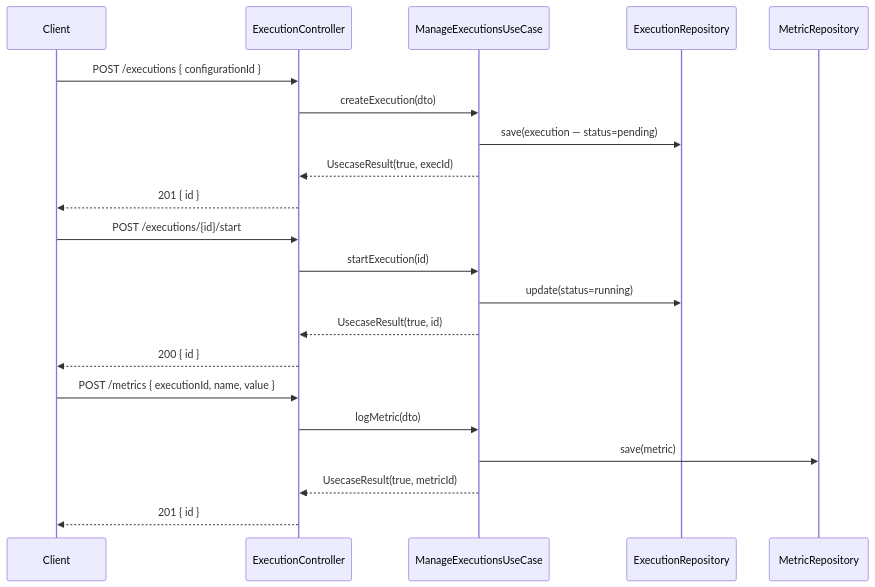
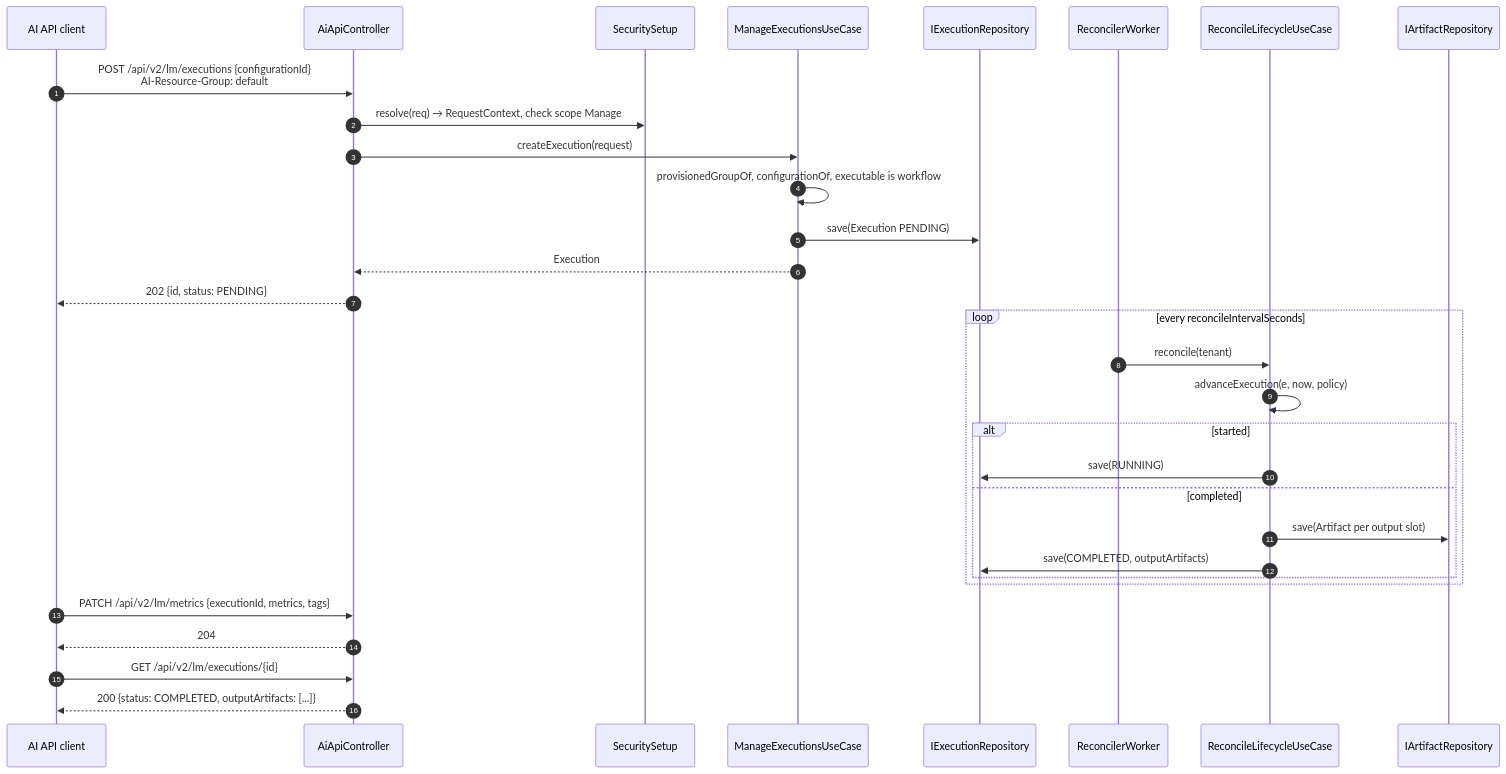
Diagram 11 of 15 in ai-core/UML.md (UIMSolutions/uim-platform), drawn with Mermaid before and after one commit. The commit also changed other lines of this file and 65 other files, not shown here.

````diff
--- a/ai-core/UML.md
+++ b/ai-core/UML.md
@@ -171,26 +566,34 @@
 ```mermaid
 sequenceDiagram
-    participant Client
-    participant EC as ExecutionController
-    participant EUC as ManageExecutionsUseCase
-    participant ER as ExecutionRepository
-    participant MR as MetricRepository
+    autonumber
+    participant C as AI API client
+    participant A as AiApiController
+    participant S as SecuritySetup
+    participant E as ManageExecutionsUseCase
+    participant R as IExecutionRepository
+    participant W as ReconcilerWorker
+    participant L as ReconcileLifecycleUseCase
+    participant AR as IArtifactRepository
 
-    Client->>EC: POST /executions { configurationId }
-    EC->>EUC: createExecution(dto)
-    EUC->>ER: save(execution — status=pending)
-    EUC-->>EC: UsecaseResult(true, execId)
-    EC-->>Client: 201 { id }
-
-    Client->>EC: POST /executions/{id}/start
-    EC->>EUC: startExecution(id)
-    EUC->>ER: update(status=running)
-    EUC-->>EC: UsecaseResult(true, id)
-    EC-->>Client: 200 { id }
-
-    Client->>EC: POST /metrics { executionId, name, value }
-    EC->>EUC: logMetric(dto)
-    EUC->>MR: save(metric)
-    EUC-->>EC: UsecaseResult(true, metricId)
-    EC-->>Client: 201 { id }
+    C->>A: POST /api/v2/lm/executions {configurationId}<br/>AI-Resource-Group: default
+    A->>S: resolve(req) → RequestContext, check scope Manage
+    A->>E: createExecution(request)
+    E->>E: provisionedGroupOf, configurationOf, executable is workflow
+    E->>R: save(Execution PENDING)
+    E-->>A: Execution
+    A-->>C: 202 {id, status: PENDING}
+    loop every reconcileIntervalSeconds
+        W->>L: reconcile(tenant)
+        L->>L: advanceExecution(e, now, policy)
+        alt started
+            L->>R: save(RUNNING)
+        else completed
+            L->>AR: save(Artifact per output slot)
+            L->>R: save(COMPLETED, outputArtifacts)
+        end
+    end
+    C->>A: PATCH /api/v2/lm/metrics {executionId, metrics, tags}
+    A-->>C: 204
+    C->>A: GET /api/v2/lm/executions/{id}
+    A-->>C: 200 {status: COMPLETED, outputArtifacts: [...]}
 ```
````
